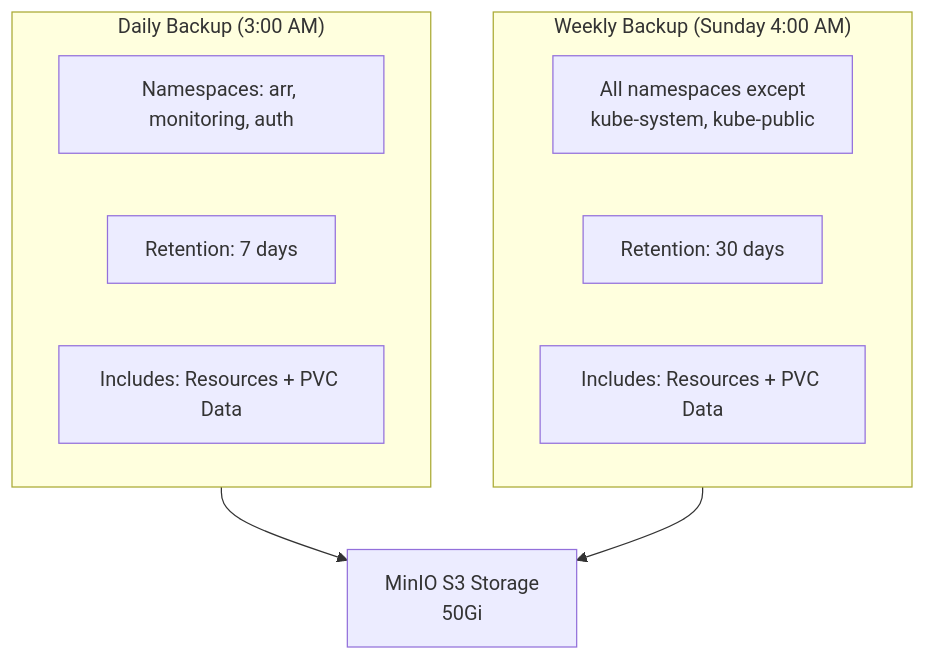
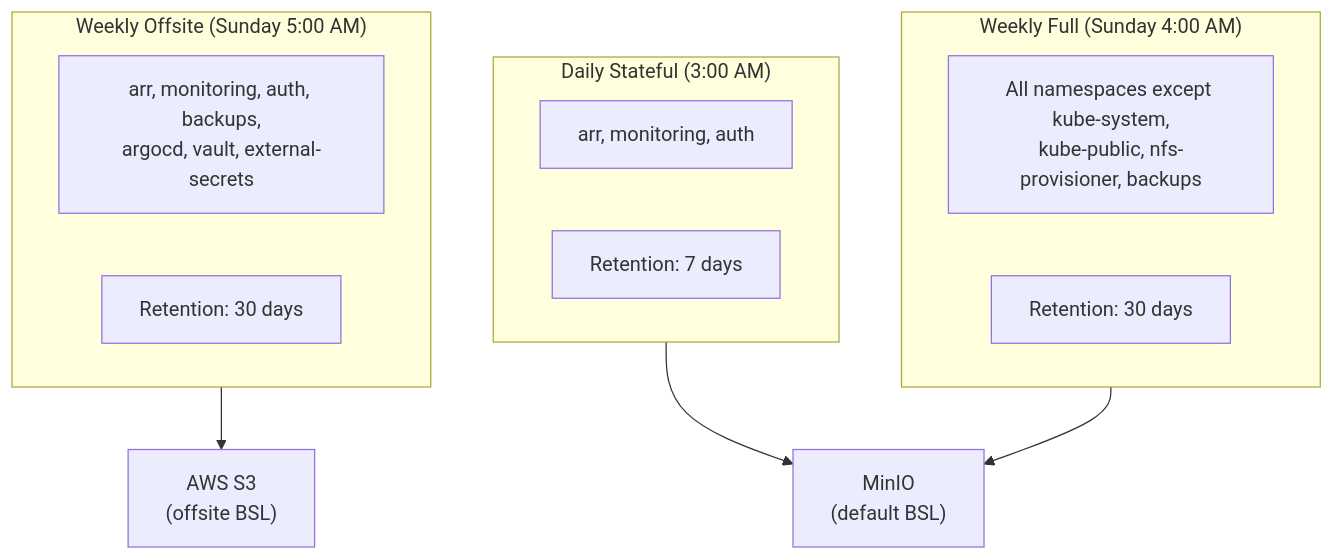
The second of 3 diagrams in docs/architecture/backups.md (kyleseneker/homelab), drawn with Mermaid before and after one commit. The commit also changed other lines of this file and 33 other files, not shown here.

Commit message:
docs(roadmap): mark jellyfin config-as-code covered by the operator

````diff
--- a/docs/architecture/backups.md
+++ b/docs/architecture/backups.md
@@ -62,17 +83,21 @@
 ```mermaid
 flowchart TD
-    subgraph daily["Daily Backup (3:00 AM)"]
-        dailyTarget["Namespaces: arr, monitoring, auth"]
+    subgraph daily["Daily Stateful (3:00 AM)"]
+        dailyTarget["arr, monitoring, auth"]
         dailyRetention["Retention: 7 days"]
-        dailyData["Includes: Resources + PVC Data"]
     end
 
-    subgraph weekly["Weekly Backup (Sunday 4:00 AM)"]
-        weeklyTarget["All namespaces except\nkube-system, kube-public"]
+    subgraph weekly["Weekly Full (Sunday 4:00 AM)"]
+        weeklyTarget["All namespaces except kube-system,\nkube-public, nfs-provisioner, backups"]
         weeklyRetention["Retention: 30 days"]
-        weeklyData["Includes: Resources + PVC Data"]
     end
 
-    daily --> minio["MinIO S3 Storage\n50Gi"]
+    subgraph offsite["Weekly Offsite (Sunday 5:00 AM)"]
+        offsiteTarget["arr, monitoring, auth, backups,\nargocd, vault, external-secrets"]
+        offsiteRetention["Retention: 30 days"]
+    end
+
+    daily --> minio["MinIO\n(default BSL)"]
     weekly --> minio
+    offsite --> s3["AWS S3\n(offsite BSL)"]
 ```
````
